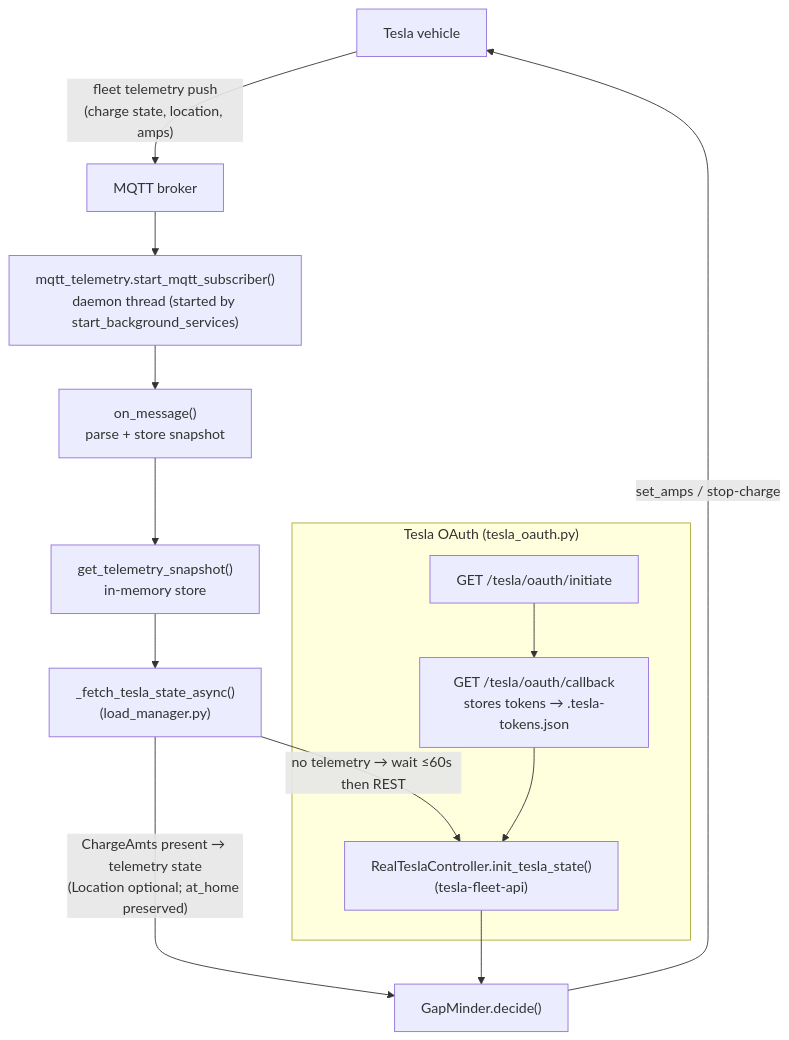
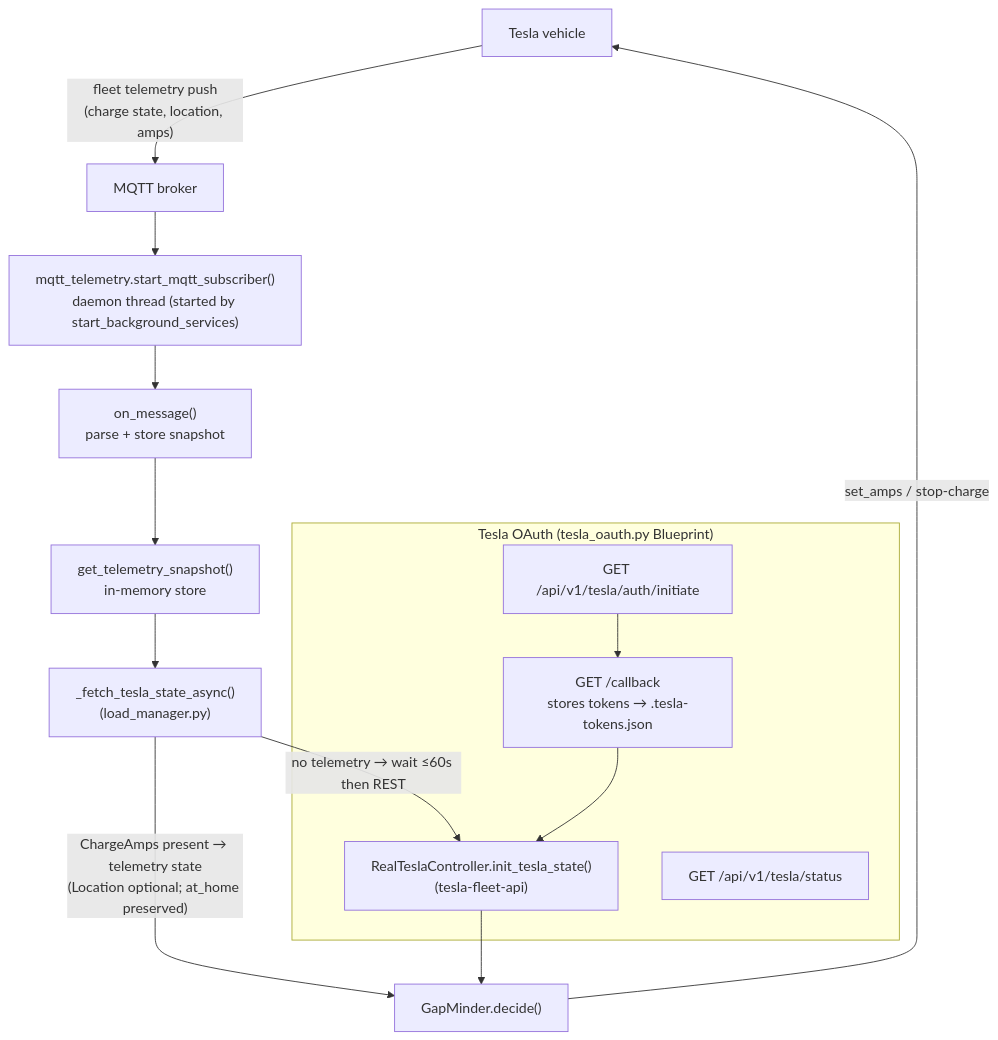
The fifth of 6 diagrams in docs/architecture.md (mblakele/solara), drawn with Mermaid before and after one commit. The commit also changed other lines of this file, not shown here.

Commit message:
docs/architecture.md updated

````diff
--- a/docs/architecture.md
+++ b/docs/architecture.md
@@ -198,21 +204,22 @@
 ```mermaid
 flowchart TD
     TESLA["Tesla vehicle"] -->|"fleet telemetry push<br/>(charge state, location, amps)"| MQTTB["MQTT broker"]
     MQTTB --> SUB["mqtt_telemetry.start_mqtt_subscriber()<br/>daemon thread (started by start_background_services)"]
     SUB --> ONMSG["on_message()<br/>parse + store snapshot"]
     ONMSG --> SNAP["get_telemetry_snapshot()<br/>in-memory store"]
     SNAP --> FETCH["_fetch_tesla_state_async()<br/>(load_manager.py)"]
-    FETCH -->|"ChargeAmts present → telemetry state<br/>(Location optional; at_home preserved)"| DECIDE["GapMinder.decide()"]
+    FETCH -->|"ChargeAmps present → telemetry state<br/>(Location optional; at_home preserved)"| DECIDE["GapMinder.decide()"]
     FETCH -->|"no telemetry → wait ≤60s then REST"| REST["RealTeslaController.init_tesla_state()<br/>(tesla-fleet-api)"]
     REST --> DECIDE
 
     DECIDE -->|"set_amps / stop-charge"| TESLA
 
-    subgraph OAuth["Tesla OAuth (tesla_oauth.py)"]
-        INIT["GET /tesla/oauth/initiate"] --> CALLBACK["GET /tesla/oauth/callback<br/>stores tokens → .tesla-tokens.json"]
+    subgraph OAuth["Tesla OAuth (tesla_oauth.py Blueprint)"]
+        INIT["GET /api/v1/tesla/auth/initiate"] --> CALLBACK["GET /callback<br/>stores tokens → .tesla-tokens.json"]
         CALLBACK --> REST
+        STATUS["GET /api/v1/tesla/status"]
     end
 
     %% unwrap_telemetry_value / parse_charge_amps (load_models.py) are shared
     %% between mqtt_telemetry and load_controllers
 ```
````
